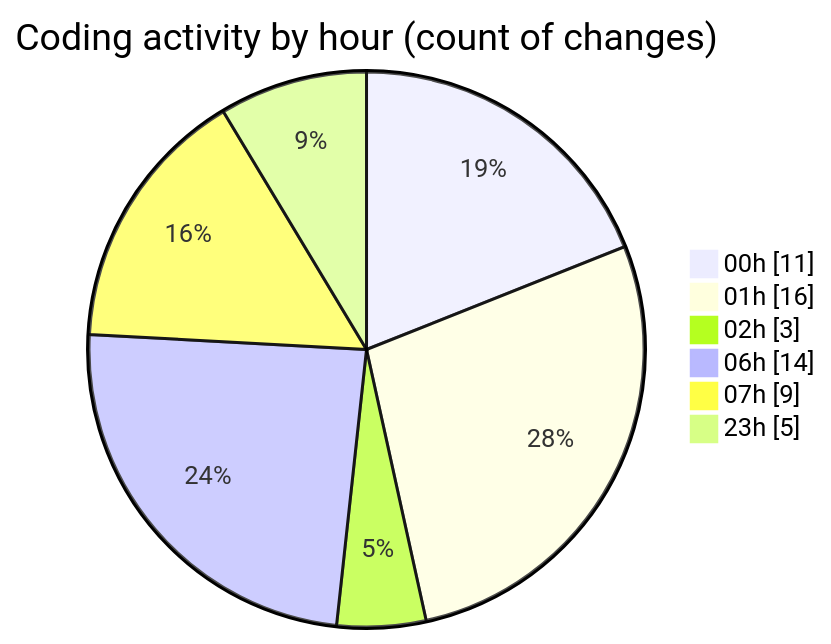
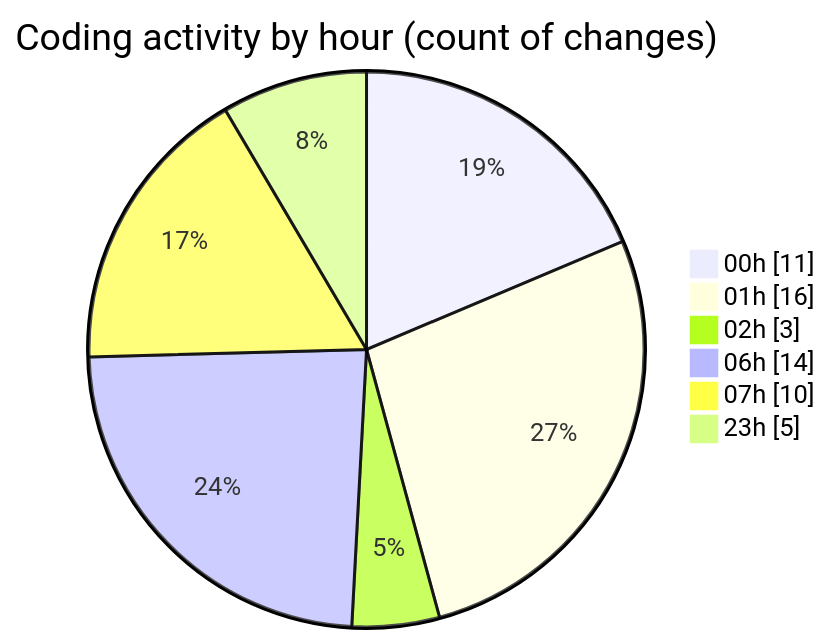
The second of 2 diagrams in 2025-02-21/projet/README.md (Elitesun/code-tracking), drawn with Mermaid before and after one commit. The commit also changed other lines of this file and 1 other file, not shown here.

````diff
--- a/2025-02-21/projet/README.md
+++ b/2025-02-21/projet/README.md
@@ -39,10 +39,10 @@
 ```mermaid
 pie showData
 title Coding activity by hour (count of changes)
 "00h" : 11
 "01h" : 16
 "02h" : 3
 "06h" : 14
-"07h" : 9
+"07h" : 10
 "23h" : 5
 ```
````
